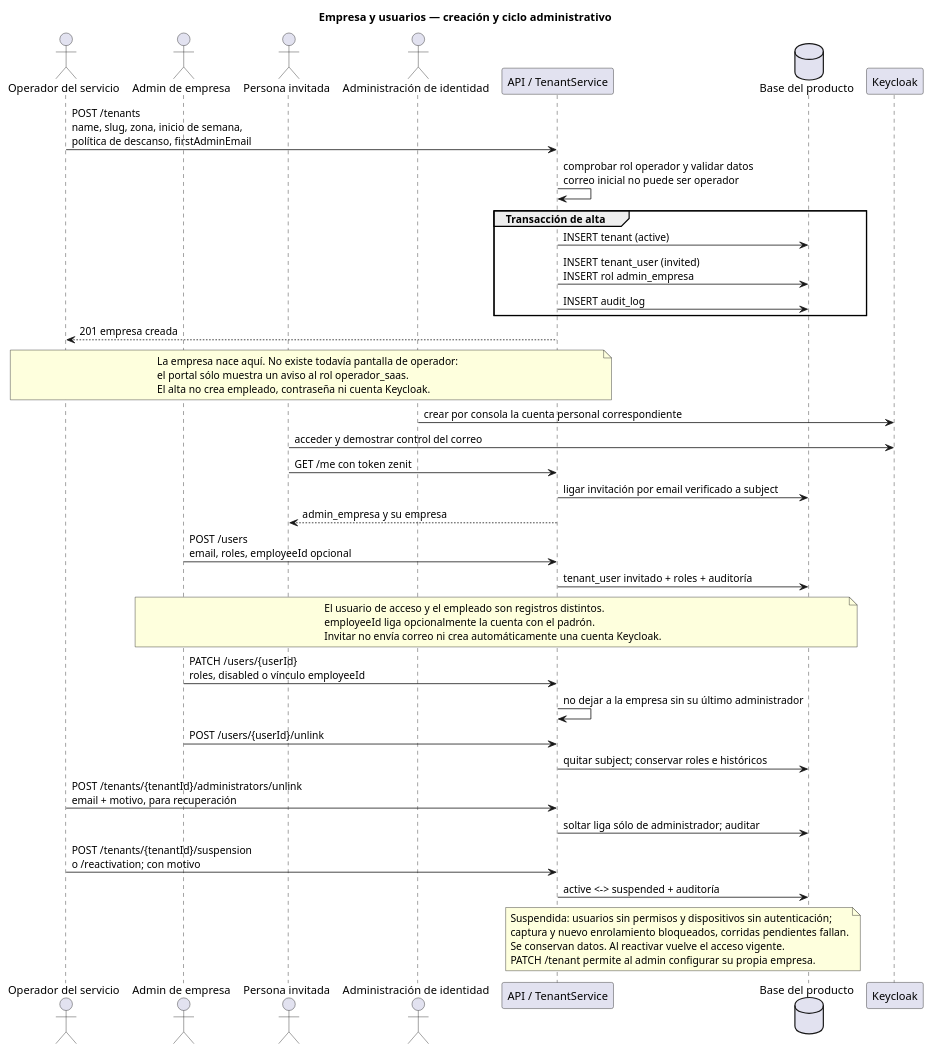
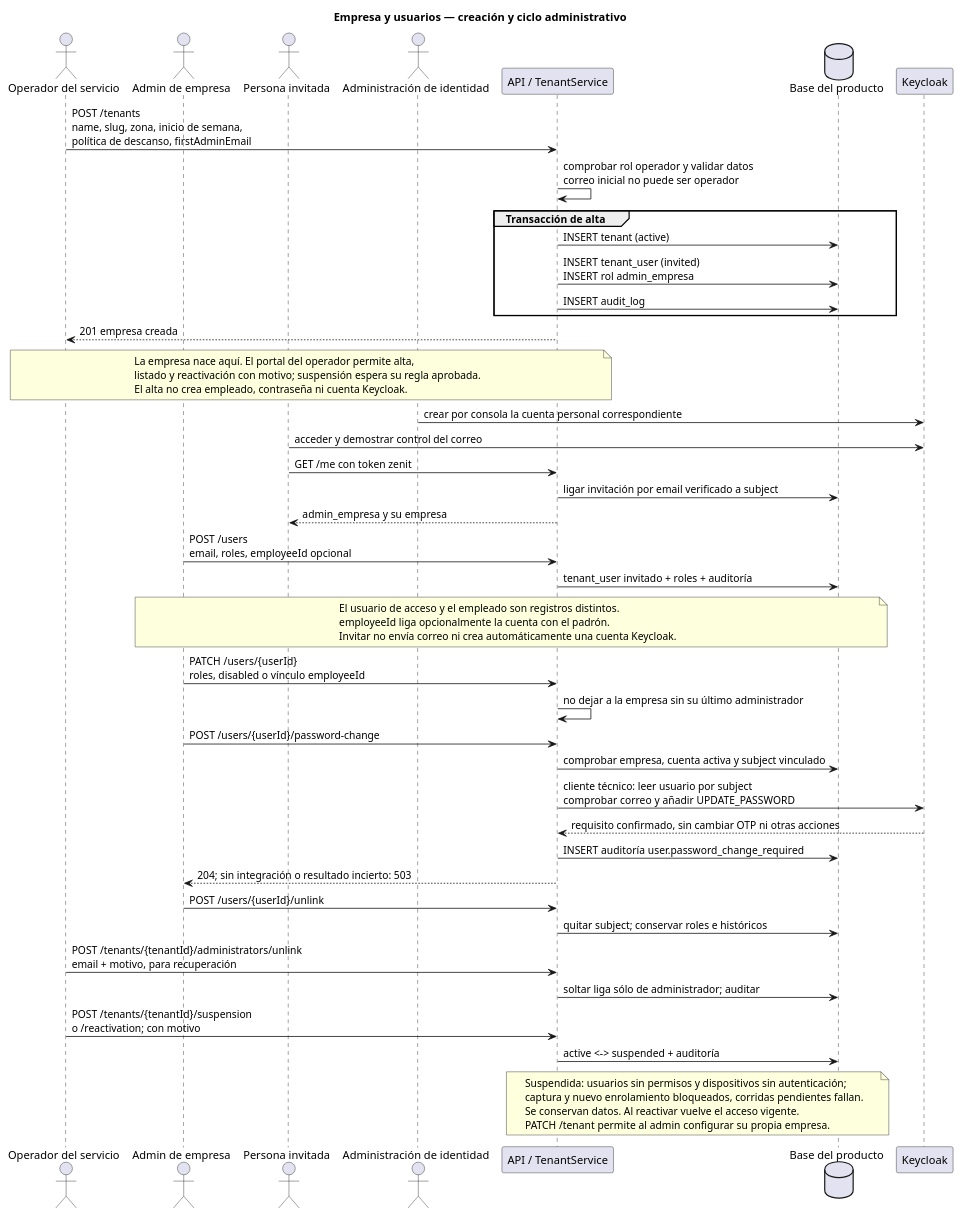
One commit to Alsegurarp/fs_asistencias changed the diagram in docs/flujos/03-empresa-y-usuarios.puml. Above: the diagram before and after it, drawn with PlantUML. The commit also changed 49 other files, not shown here.

```diff
--- a/docs/flujos/03-empresa-y-usuarios.puml
+++ b/docs/flujos/03-empresa-y-usuarios.puml
@@ -1,50 +1,56 @@
 @startuml
 title Empresa y usuarios — creación y ciclo administrativo
 skinparam shadowing false
 actor "Operador del servicio" as op
 actor "Admin de empresa" as admin
 actor "Persona invitada" as invited
 actor "Administración de identidad" as identityAdmin
 participant "API / TenantService" as api
 database "Base del producto" as db
 participant "Keycloak" as kc
 op -> api : POST /tenants\nname, slug, zona, inicio de semana,\npolítica de descanso, firstAdminEmail
 api -> api : comprobar rol operador y validar datos\ncorreo inicial no puede ser operador
 group Transacción de alta
   api -> db : INSERT tenant (active)
   api -> db : INSERT tenant_user (invited)\nINSERT rol admin_empresa
   api -> db : INSERT audit_log
 end
 api --> op : 201 empresa creada
 note over op,api
-La empresa nace aquí. No existe todavía pantalla de operador:
-el portal sólo muestra un aviso al rol operador_saas.
+La empresa nace aquí. El portal del operador permite alta,
+listado y reactivación con motivo; suspensión espera su regla aprobada.
 El alta no crea empleado, contraseña ni cuenta Keycloak.
 end note
 identityAdmin -> kc : crear por consola la cuenta personal correspondiente
 invited -> kc : acceder y demostrar control del correo
 invited -> api : GET /me con token zenit
 api -> db : ligar invitación por email verificado a subject
 api --> invited : admin_empresa y su empresa
 admin -> api : POST /users\nemail, roles, employeeId opcional
 api -> db : tenant_user invitado + roles + auditoría
 note over admin,db
 El usuario de acceso y el empleado son registros distintos.
 employeeId liga opcionalmente la cuenta con el padrón.
 Invitar no envía correo ni crea automáticamente una cuenta Keycloak.
 end note
 admin -> api : PATCH /users/{userId}\nroles, disabled o vínculo employeeId
 api -> api : no dejar a la empresa sin su último administrador
+admin -> api : POST /users/{userId}/password-change
+api -> db : comprobar empresa, cuenta activa y subject vinculado
+api -> kc : cliente técnico: leer usuario por subject\ncomprobar correo y añadir UPDATE_PASSWORD
+kc --> api : requisito confirmado, sin cambiar OTP ni otras acciones
+api -> db : INSERT auditoría user.password_change_required
+api --> admin : 204; sin integración o resultado incierto: 503
 admin -> api : POST /users/{userId}/unlink
 api -> db : quitar subject; conservar roles e históricos
 op -> api : POST /tenants/{tenantId}/administrators/unlink\nemail + motivo, para recuperación
 api -> db : soltar liga sólo de administrador; auditar
 op -> api : POST /tenants/{tenantId}/suspension\no /reactivation; con motivo
 api -> db : active <-> suspended + auditoría
 note over api,db
 Suspendida: usuarios sin permisos y dispositivos sin autenticación;
 captura y nuevo enrolamiento bloqueados, corridas pendientes fallan.
 Se conservan datos. Al reactivar vuelve el acceso vigente.
 PATCH /tenant permite al admin configurar su propia empresa.
 end note
 @enduml
```
